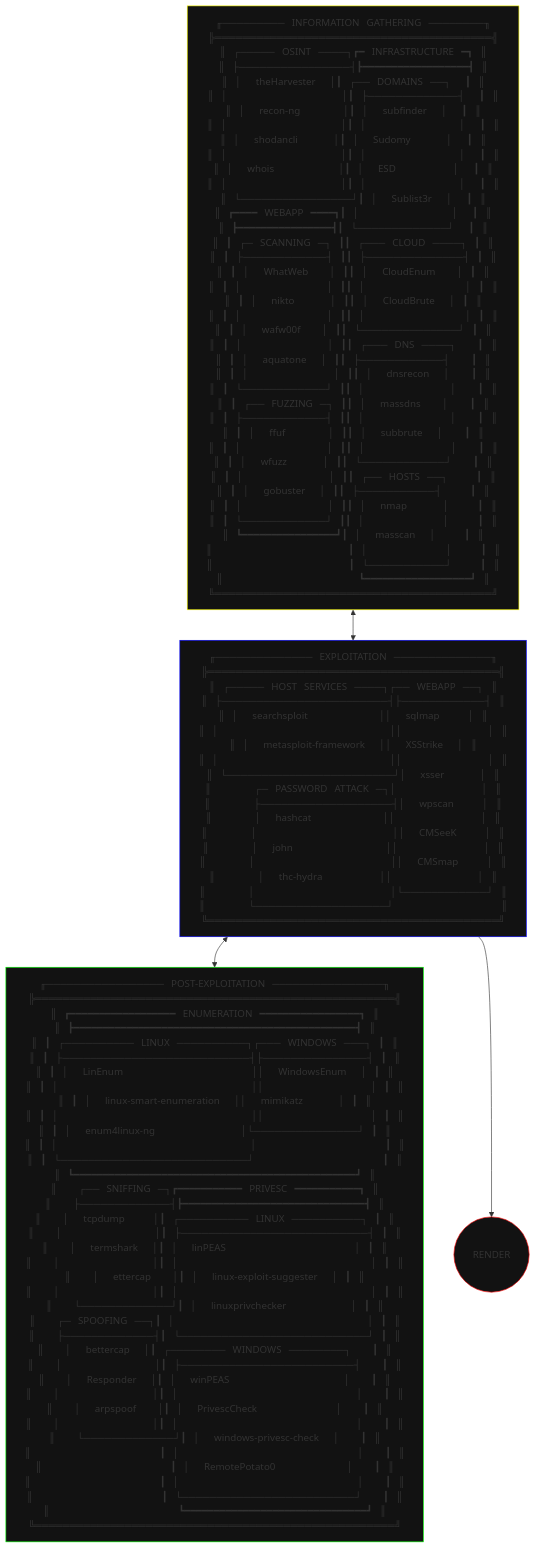
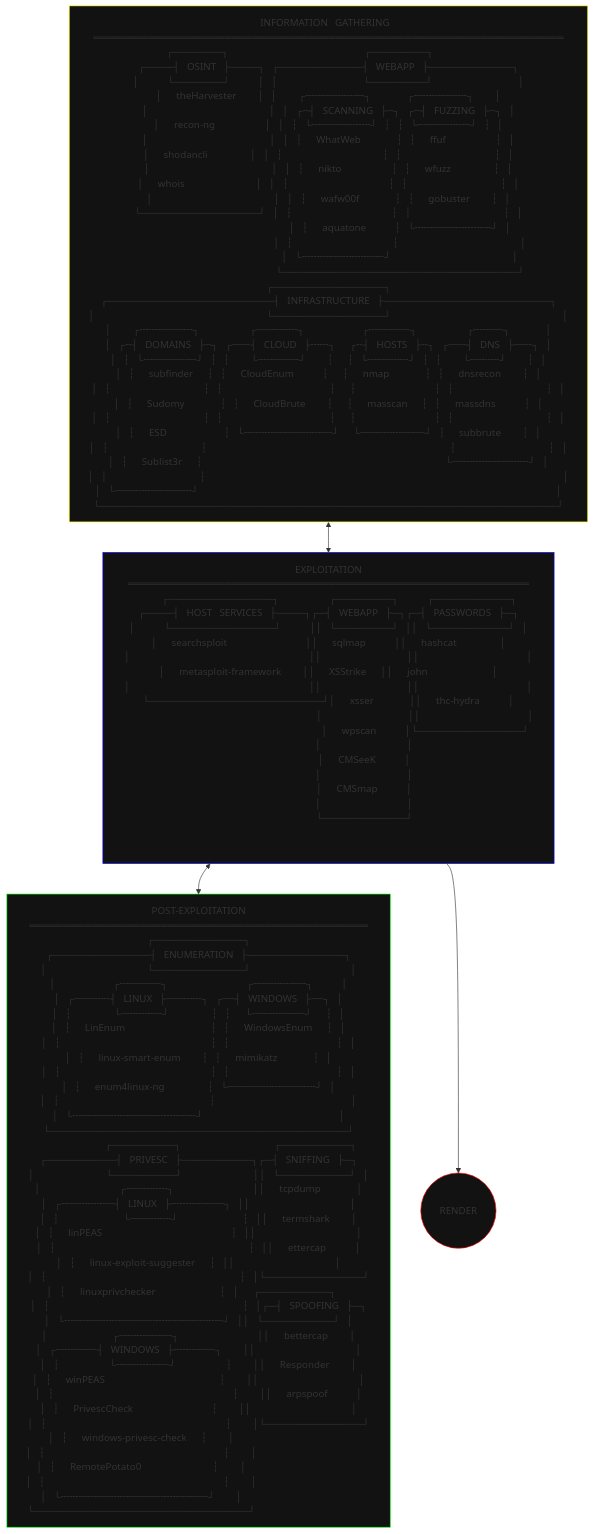
One commit to Skalyaeve/a-process changed the diagram in base.README.md. Above: the diagram before and after it, drawn with Mermaid. The commit also changed 1 other file, not shown here.

````diff
--- a/base.README.md
+++ b/base.README.md
@@ -1,107 +1,106 @@
 ```mermaid
 graph TD
 information-gathering[
-╓─────────⠀INFORMATION⠀GATHERING⠀────────╖
-╠════════════════════════════════════════╣
-║⠀┌─────⠀OSINT⠀────┐┏━⠀INFRASTRUCTURE⠀━┓⠀║
-║⠀├────────────────┤┣━━━━━━━━━━━━━━━━━━┫⠀║
-║⠀│⠀⠀theHarvester⠀⠀│┃⠀┌──⠀DOMAINS⠀──┐⠀⠀┃⠀║
-║⠀│⠀⠀⠀⠀⠀⠀⠀⠀⠀⠀⠀⠀⠀⠀⠀⠀│┃⠀├─────────────┤⠀⠀┃⠀║
-║⠀│⠀⠀recon-ng⠀⠀⠀⠀⠀⠀│┃⠀│⠀⠀subfinder⠀⠀│⠀⠀┃⠀║
-║⠀│⠀⠀⠀⠀⠀⠀⠀⠀⠀⠀⠀⠀⠀⠀⠀⠀│┃⠀│⠀⠀⠀⠀⠀⠀⠀⠀⠀⠀⠀⠀⠀│⠀⠀┃⠀║
-║⠀│⠀⠀shodancli⠀⠀⠀⠀⠀│┃⠀│⠀⠀Sudomy⠀⠀⠀⠀⠀│⠀⠀┃⠀║
-║⠀│⠀⠀⠀⠀⠀⠀⠀⠀⠀⠀⠀⠀⠀⠀⠀⠀│┃⠀│⠀⠀⠀⠀⠀⠀⠀⠀⠀⠀⠀⠀⠀│⠀⠀┃⠀║
-║⠀│⠀⠀whois⠀⠀⠀⠀⠀⠀⠀⠀⠀│┃⠀│⠀⠀ESD⠀⠀⠀⠀⠀⠀⠀⠀│⠀⠀┃⠀║
-║⠀│⠀⠀⠀⠀⠀⠀⠀⠀⠀⠀⠀⠀⠀⠀⠀⠀│┃⠀│⠀⠀⠀⠀⠀⠀⠀⠀⠀⠀⠀⠀⠀│⠀⠀┃⠀║
-║⠀└────────────────┘┃⠀│⠀⠀Sublist3r⠀⠀│⠀⠀┃⠀║
-║⠀┏━━━━⠀WEBAPP⠀━━━━┓┃⠀│⠀⠀⠀⠀⠀⠀⠀⠀⠀⠀⠀⠀⠀│⠀⠀┃⠀║
-║⠀┣━━━━━━━━━━━━━━━━┫┃⠀└─────────────┘⠀⠀┃⠀║
-║⠀┃⠀┌─⠀SCANNING⠀─┐⠀┃┃⠀┌───⠀CLOUD⠀────┐⠀┃⠀║
-║⠀┃⠀├────────────┤⠀┃┃⠀├──────────────┤⠀┃⠀║
-║⠀┃⠀│⠀⠀WhatWeb⠀⠀⠀│⠀┃┃⠀│⠀⠀CloudEnum⠀⠀⠀│⠀┃⠀║
-║⠀┃⠀│⠀⠀⠀⠀⠀⠀⠀⠀⠀⠀⠀⠀│⠀┃┃⠀│⠀⠀⠀⠀⠀⠀⠀⠀⠀⠀⠀⠀⠀⠀│⠀┃⠀║
-║⠀┃⠀│⠀⠀nikto⠀⠀⠀⠀⠀│⠀┃┃⠀│⠀⠀CloudBrute⠀⠀│⠀┃⠀║
-║⠀┃⠀│⠀⠀⠀⠀⠀⠀⠀⠀⠀⠀⠀⠀│⠀┃┃⠀│⠀⠀⠀⠀⠀⠀⠀⠀⠀⠀⠀⠀⠀⠀│⠀┃⠀║
-║⠀┃⠀│⠀⠀wafw00f⠀⠀⠀│⠀┃┃⠀└──────────────┘⠀┃⠀║
-║⠀┃⠀│⠀⠀⠀⠀⠀⠀⠀⠀⠀⠀⠀⠀│⠀┃┃⠀┌───⠀DNS⠀────┐⠀⠀⠀┃⠀║
-║⠀┃⠀│⠀⠀aquatone⠀⠀│⠀┃┃⠀├────────────┤⠀⠀⠀┃⠀║
-║⠀┃⠀│⠀⠀⠀⠀⠀⠀⠀⠀⠀⠀⠀⠀│⠀┃┃⠀│⠀⠀dnsrecon⠀⠀│⠀⠀⠀┃⠀║
-║⠀┃⠀└────────────┘⠀┃┃⠀│⠀⠀⠀⠀⠀⠀⠀⠀⠀⠀⠀⠀│⠀⠀⠀┃⠀║
-║⠀┃⠀┌──⠀FUZZING⠀─┐⠀┃┃⠀│⠀⠀massdns⠀⠀⠀│⠀⠀⠀┃⠀║
-║⠀┃⠀├────────────┤⠀┃┃⠀│⠀⠀⠀⠀⠀⠀⠀⠀⠀⠀⠀⠀│⠀⠀⠀┃⠀║
-║⠀┃⠀│⠀⠀ffuf⠀⠀⠀⠀⠀⠀│⠀┃┃⠀│⠀⠀subbrute⠀⠀│⠀⠀⠀┃⠀║
-║⠀┃⠀│⠀⠀⠀⠀⠀⠀⠀⠀⠀⠀⠀⠀│⠀┃┃⠀│⠀⠀⠀⠀⠀⠀⠀⠀⠀⠀⠀⠀│⠀⠀⠀┃⠀║
-║⠀┃⠀│⠀⠀wfuzz⠀⠀⠀⠀⠀│⠀┃┃⠀└────────────┘⠀⠀⠀┃⠀║
-║⠀┃⠀│⠀⠀⠀⠀⠀⠀⠀⠀⠀⠀⠀⠀│⠀┃┃⠀┌──⠀HOSTS⠀──┐⠀⠀⠀⠀┃⠀║
-║⠀┃⠀│⠀⠀gobuster⠀⠀│⠀┃┃⠀├───────────┤⠀⠀⠀⠀┃⠀║
-║⠀┃⠀│⠀⠀⠀⠀⠀⠀⠀⠀⠀⠀⠀⠀│⠀┃┃⠀│⠀⠀nmap⠀⠀⠀⠀⠀│⠀⠀⠀⠀┃⠀║
-║⠀┃⠀└────────────┘⠀┃┃⠀│⠀⠀⠀⠀⠀⠀⠀⠀⠀⠀⠀│⠀⠀⠀⠀┃⠀║
-║⠀┗━━━━━━━━━━━━━━━━┛┃⠀│⠀⠀masscan⠀⠀│⠀⠀⠀⠀┃⠀║
-║⠀⠀⠀⠀⠀⠀⠀⠀⠀⠀⠀⠀⠀⠀⠀⠀⠀⠀⠀┃⠀│⠀⠀⠀⠀⠀⠀⠀⠀⠀⠀⠀│⠀⠀⠀⠀┃⠀║
-║⠀⠀⠀⠀⠀⠀⠀⠀⠀⠀⠀⠀⠀⠀⠀⠀⠀⠀⠀┃⠀└───────────┘⠀⠀⠀⠀┃⠀║
-║⠀⠀⠀⠀⠀⠀⠀⠀⠀⠀⠀⠀⠀⠀⠀⠀⠀⠀⠀┗━━━━━━━━━━━━━━━━━━┛⠀║
-╚════════════════════════════════════════╝
+⠀⠀⠀⠀⠀⠀⠀⠀⠀⠀⠀⠀⠀⠀⠀⠀⠀⠀⠀⠀⠀⠀⠀INFORMATION⠀GATHERING⠀⠀⠀⠀⠀⠀⠀⠀⠀⠀⠀⠀⠀⠀⠀⠀⠀⠀⠀⠀⠀⠀⠀⠀
+════════════════════════════════════════════════════════════════════
+⠀⠀⠀⠀⠀⠀⠀⠀⠀⠀⠀┌───────┐⠀⠀⠀⠀⠀⠀⠀⠀⠀⠀⠀⠀⠀⠀⠀⠀⠀⠀⠀┌────────┐⠀⠀⠀⠀⠀⠀⠀⠀⠀⠀⠀⠀⠀⠀⠀⠀⠀⠀⠀
+⠀⠀⠀⠀⠀⠀┌────┤⠀OSINT⠀├────┐⠀┌────────────┤⠀WEBAPP⠀├────────────┐⠀⠀⠀⠀⠀⠀
+⠀⠀⠀⠀⠀⠀│⠀⠀⠀⠀└───────┘⠀⠀⠀⠀│⠀│⠀⠀⠀⠀⠀⠀⠀⠀⠀⠀⠀⠀└────────┘⠀⠀⠀⠀⠀⠀⠀⠀⠀⠀⠀⠀│⠀⠀⠀⠀⠀⠀
+⠀⠀⠀⠀⠀⠀│⠀⠀theHarvester⠀⠀⠀│⠀│⠀⠀⠀┌╌╌╌╌╌╌╌╌╌╌┐⠀⠀⠀⠀⠀┌╌╌╌╌╌╌╌╌╌┐⠀⠀⠀│⠀⠀⠀⠀⠀⠀
+⠀⠀⠀⠀⠀⠀│⠀⠀⠀⠀⠀⠀⠀⠀⠀⠀⠀⠀⠀⠀⠀⠀⠀│⠀│⠀┌╌┤⠀SCANNING⠀├╌┐⠀┌╌┤⠀FUZZING⠀├╌┐⠀│⠀⠀⠀⠀⠀⠀
+⠀⠀⠀⠀⠀⠀│⠀⠀recon-ng⠀⠀⠀⠀⠀⠀⠀│⠀│⠀┆⠀└╌╌╌╌╌╌╌╌╌╌┘⠀┆⠀┆⠀└╌╌╌╌╌╌╌╌╌┘⠀┆⠀│⠀⠀⠀⠀⠀⠀
+⠀⠀⠀⠀⠀⠀│⠀⠀⠀⠀⠀⠀⠀⠀⠀⠀⠀⠀⠀⠀⠀⠀⠀│⠀│⠀┆⠀⠀WhatWeb⠀⠀⠀⠀⠀┆⠀┆⠀⠀ffuf⠀⠀⠀⠀⠀⠀⠀┆⠀│⠀⠀⠀⠀⠀⠀
+⠀⠀⠀⠀⠀⠀│⠀⠀shodancli⠀⠀⠀⠀⠀⠀│⠀│⠀┆⠀⠀⠀⠀⠀⠀⠀⠀⠀⠀⠀⠀⠀⠀┆⠀┆⠀⠀⠀⠀⠀⠀⠀⠀⠀⠀⠀⠀⠀┆⠀│⠀⠀⠀⠀⠀⠀
+⠀⠀⠀⠀⠀⠀│⠀⠀⠀⠀⠀⠀⠀⠀⠀⠀⠀⠀⠀⠀⠀⠀⠀│⠀│⠀┆⠀⠀nikto⠀⠀⠀⠀⠀⠀⠀┆⠀┆⠀⠀wfuzz⠀⠀⠀⠀⠀⠀┆⠀│⠀⠀⠀⠀⠀⠀
+⠀⠀⠀⠀⠀⠀│⠀⠀whois⠀⠀⠀⠀⠀⠀⠀⠀⠀⠀│⠀│⠀┆⠀⠀⠀⠀⠀⠀⠀⠀⠀⠀⠀⠀⠀⠀┆⠀┆⠀⠀⠀⠀⠀⠀⠀⠀⠀⠀⠀⠀⠀┆⠀│⠀⠀⠀⠀⠀⠀
+⠀⠀⠀⠀⠀⠀│⠀⠀⠀⠀⠀⠀⠀⠀⠀⠀⠀⠀⠀⠀⠀⠀⠀│⠀│⠀┆⠀⠀wafw00f⠀⠀⠀⠀⠀┆⠀┆⠀⠀gobuster⠀⠀⠀┆⠀│⠀⠀⠀⠀⠀⠀
+⠀⠀⠀⠀⠀⠀└─────────────────┘⠀│⠀┆⠀⠀⠀⠀⠀⠀⠀⠀⠀⠀⠀⠀⠀⠀┆⠀┆⠀⠀⠀⠀⠀⠀⠀⠀⠀⠀⠀⠀⠀┆⠀│⠀⠀⠀⠀⠀⠀
+⠀⠀⠀⠀⠀⠀⠀⠀⠀⠀⠀⠀⠀⠀⠀⠀⠀⠀⠀⠀⠀⠀⠀⠀⠀⠀│⠀┆⠀⠀aquatone⠀⠀⠀⠀┆⠀└╌╌╌╌╌╌╌╌╌╌╌╌╌┘⠀│⠀⠀⠀⠀⠀⠀
+⠀⠀⠀⠀⠀⠀⠀⠀⠀⠀⠀⠀⠀⠀⠀⠀⠀⠀⠀⠀⠀⠀⠀⠀⠀⠀│⠀┆⠀⠀⠀⠀⠀⠀⠀⠀⠀⠀⠀⠀⠀⠀┆⠀⠀⠀⠀⠀⠀⠀⠀⠀⠀⠀⠀⠀⠀⠀⠀⠀│⠀⠀⠀⠀⠀⠀
+⠀⠀⠀⠀⠀⠀⠀⠀⠀⠀⠀⠀⠀⠀⠀⠀⠀⠀⠀⠀⠀⠀⠀⠀⠀⠀│⠀└╌╌╌╌╌╌╌╌╌╌╌╌╌╌┘⠀⠀⠀⠀⠀⠀⠀⠀⠀⠀⠀⠀⠀⠀⠀⠀⠀│⠀⠀⠀⠀⠀⠀
+⠀⠀⠀⠀⠀⠀⠀⠀⠀⠀⠀⠀⠀⠀⠀⠀⠀⠀⠀⠀⠀⠀⠀⠀⠀⠀└──────────────────────────────────┘⠀⠀⠀⠀⠀⠀
+⠀⠀⠀⠀⠀⠀⠀⠀⠀⠀⠀⠀⠀⠀⠀⠀⠀⠀⠀⠀⠀⠀⠀⠀⠀┌────────────────┐⠀⠀⠀⠀⠀⠀⠀⠀⠀⠀⠀⠀⠀⠀⠀⠀⠀⠀⠀⠀⠀⠀⠀⠀⠀
+┌────────────────────────┤⠀INFRASTRUCTURE⠀├────────────────────────┐
+│⠀⠀⠀⠀⠀⠀⠀⠀⠀⠀⠀⠀⠀⠀⠀⠀⠀⠀⠀⠀⠀⠀⠀⠀└────────────────┘⠀⠀⠀⠀⠀⠀⠀⠀⠀⠀⠀⠀⠀⠀⠀⠀⠀⠀⠀⠀⠀⠀⠀⠀│
+│⠀⠀⠀┌╌╌╌╌╌╌╌╌╌┐⠀⠀⠀⠀⠀⠀⠀┌╌╌╌╌╌╌╌┐⠀⠀⠀⠀⠀⠀⠀⠀┌╌╌╌╌╌╌╌┐⠀⠀⠀⠀⠀⠀⠀┌╌╌╌╌╌┐⠀⠀⠀⠀⠀│
+│⠀┌╌┤⠀DOMAINS⠀├╌┐⠀┌╌╌╌┤⠀CLOUD⠀├╌╌╌┐⠀⠀┌╌┤⠀HOSTS⠀├╌┐⠀┌╌╌╌┤⠀DNS⠀├╌╌╌┐⠀│
+│⠀┆⠀└╌╌╌╌╌╌╌╌╌┘⠀┆⠀┆⠀⠀⠀└╌╌╌╌╌╌╌┘⠀⠀⠀┆⠀⠀┆⠀└╌╌╌╌╌╌╌┘⠀┆⠀┆⠀⠀⠀└╌╌╌╌╌┘⠀⠀⠀┆⠀│
+│⠀┆⠀⠀subfinder⠀⠀┆⠀┆⠀⠀CloudEnum⠀⠀⠀⠀┆⠀⠀┆⠀⠀nmap⠀⠀⠀⠀⠀┆⠀┆⠀⠀dnsrecon⠀⠀⠀┆⠀│
+│⠀┆⠀⠀⠀⠀⠀⠀⠀⠀⠀⠀⠀⠀⠀┆⠀┆⠀⠀⠀⠀⠀⠀⠀⠀⠀⠀⠀⠀⠀⠀⠀┆⠀⠀┆⠀⠀⠀⠀⠀⠀⠀⠀⠀⠀⠀┆⠀┆⠀⠀⠀⠀⠀⠀⠀⠀⠀⠀⠀⠀⠀┆⠀│
+│⠀┆⠀⠀Sudomy⠀⠀⠀⠀⠀┆⠀┆⠀⠀CloudBrute⠀⠀⠀┆⠀⠀┆⠀⠀masscan⠀⠀┆⠀┆⠀⠀massdns⠀⠀⠀⠀┆⠀│
+│⠀┆⠀⠀⠀⠀⠀⠀⠀⠀⠀⠀⠀⠀⠀┆⠀┆⠀⠀⠀⠀⠀⠀⠀⠀⠀⠀⠀⠀⠀⠀⠀┆⠀⠀┆⠀⠀⠀⠀⠀⠀⠀⠀⠀⠀⠀┆⠀┆⠀⠀⠀⠀⠀⠀⠀⠀⠀⠀⠀⠀⠀┆⠀│
+│⠀┆⠀⠀ESD⠀⠀⠀⠀⠀⠀⠀⠀┆⠀└╌╌╌╌╌╌╌╌╌╌╌╌╌╌╌┘⠀⠀└╌╌╌╌╌╌╌╌╌╌╌┘⠀┆⠀⠀subbrute⠀⠀⠀┆⠀│
+│⠀┆⠀⠀⠀⠀⠀⠀⠀⠀⠀⠀⠀⠀⠀┆⠀⠀⠀⠀⠀⠀⠀⠀⠀⠀⠀⠀⠀⠀⠀⠀⠀⠀⠀⠀⠀⠀⠀⠀⠀⠀⠀⠀⠀⠀⠀⠀⠀⠀┆⠀⠀⠀⠀⠀⠀⠀⠀⠀⠀⠀⠀⠀┆⠀│
+│⠀┆⠀⠀Sublist3r⠀⠀┆⠀⠀⠀⠀⠀⠀⠀⠀⠀⠀⠀⠀⠀⠀⠀⠀⠀⠀⠀⠀⠀⠀⠀⠀⠀⠀⠀⠀⠀⠀⠀⠀⠀⠀└╌╌╌╌╌╌╌╌╌╌╌╌╌┘⠀│
+│⠀┆⠀⠀⠀⠀⠀⠀⠀⠀⠀⠀⠀⠀⠀┆⠀⠀⠀⠀⠀⠀⠀⠀⠀⠀⠀⠀⠀⠀⠀⠀⠀⠀⠀⠀⠀⠀⠀⠀⠀⠀⠀⠀⠀⠀⠀⠀⠀⠀⠀⠀⠀⠀⠀⠀⠀⠀⠀⠀⠀⠀⠀⠀⠀⠀│
+│⠀└╌╌╌╌╌╌╌╌╌╌╌╌╌┘⠀⠀⠀⠀⠀⠀⠀⠀⠀⠀⠀⠀⠀⠀⠀⠀⠀⠀⠀⠀⠀⠀⠀⠀⠀⠀⠀⠀⠀⠀⠀⠀⠀⠀⠀⠀⠀⠀⠀⠀⠀⠀⠀⠀⠀⠀⠀⠀⠀⠀│
+└──────────────────────────────────────────────────────────────────┘
 ]
 exploitation[
-╓──────────────⠀EXPLOITATION⠀──────────────╖
-╠══════════════════════════════════════════╣
-║⠀┌─────⠀HOST⠀SERVICES⠀────┐┌──⠀WEBAPP⠀──┐⠀║
-║⠀├────────────────────────┤├────────────┤⠀║
-║⠀│⠀⠀searchsploit⠀⠀⠀⠀⠀⠀⠀⠀⠀⠀││⠀⠀sqlmap⠀⠀⠀⠀│⠀║
-║⠀│⠀⠀⠀⠀⠀⠀⠀⠀⠀⠀⠀⠀⠀⠀⠀⠀⠀⠀⠀⠀⠀⠀⠀⠀││⠀⠀⠀⠀⠀⠀⠀⠀⠀⠀⠀⠀│⠀║
-║⠀│⠀⠀metasploit-framework⠀⠀││⠀⠀XSStrike⠀⠀│⠀║
-║⠀│⠀⠀⠀⠀⠀⠀⠀⠀⠀⠀⠀⠀⠀⠀⠀⠀⠀⠀⠀⠀⠀⠀⠀⠀││⠀⠀⠀⠀⠀⠀⠀⠀⠀⠀⠀⠀│⠀║
-║⠀└────────────────────────┘│⠀⠀xsser⠀⠀⠀⠀⠀│⠀║
-║⠀⠀⠀⠀⠀⠀┌─⠀PASSWORD⠀ATTACK⠀─┐│⠀⠀⠀⠀⠀⠀⠀⠀⠀⠀⠀⠀│⠀║
-║⠀⠀⠀⠀⠀⠀├───────────────────┤│⠀⠀wpscan⠀⠀⠀⠀│⠀║
-║⠀⠀⠀⠀⠀⠀│⠀⠀hashcat⠀⠀⠀⠀⠀⠀⠀⠀⠀⠀││⠀⠀⠀⠀⠀⠀⠀⠀⠀⠀⠀⠀│⠀║
-║⠀⠀⠀⠀⠀⠀│⠀⠀⠀⠀⠀⠀⠀⠀⠀⠀⠀⠀⠀⠀⠀⠀⠀⠀⠀││⠀⠀CMSeeK⠀⠀⠀⠀│⠀║
-║⠀⠀⠀⠀⠀⠀│⠀⠀john⠀⠀⠀⠀⠀⠀⠀⠀⠀⠀⠀⠀⠀││⠀⠀⠀⠀⠀⠀⠀⠀⠀⠀⠀⠀│⠀║
-║⠀⠀⠀⠀⠀⠀│⠀⠀⠀⠀⠀⠀⠀⠀⠀⠀⠀⠀⠀⠀⠀⠀⠀⠀⠀││⠀⠀CMSmap⠀⠀⠀⠀│⠀║
-║⠀⠀⠀⠀⠀⠀│⠀⠀thc-hydra⠀⠀⠀⠀⠀⠀⠀⠀││⠀⠀⠀⠀⠀⠀⠀⠀⠀⠀⠀⠀│⠀║
-║⠀⠀⠀⠀⠀⠀│⠀⠀⠀⠀⠀⠀⠀⠀⠀⠀⠀⠀⠀⠀⠀⠀⠀⠀⠀│└────────────┘⠀║
-║⠀⠀⠀⠀⠀⠀└───────────────────┘⠀⠀⠀⠀⠀⠀⠀⠀⠀⠀⠀⠀⠀⠀⠀║
-╚══════════════════════════════════════════╝
+⠀⠀⠀⠀⠀⠀⠀⠀⠀⠀⠀⠀⠀⠀⠀⠀⠀⠀⠀⠀⠀⠀⠀EXPLOITATION⠀⠀⠀⠀⠀⠀⠀⠀⠀⠀⠀⠀⠀⠀⠀⠀⠀⠀⠀⠀⠀⠀⠀
+══════════════════════════════════════════════════════════
+⠀⠀⠀⠀⠀┌───────────────┐⠀⠀⠀⠀⠀⠀⠀┌────────┐⠀⠀⠀⠀┌───────────┐⠀⠀
+┌────┤⠀HOST⠀SERVICES⠀├────┐┌─┤⠀WEBAPP⠀├─┐┌─┤⠀PASSWORDS⠀├─┐
+│⠀⠀⠀⠀└───────────────┘⠀⠀⠀⠀││⠀└────────┘⠀││⠀└───────────┘⠀│
+│⠀⠀searchsploit⠀⠀⠀⠀⠀⠀⠀⠀⠀⠀⠀││⠀⠀sqlmap⠀⠀⠀⠀││⠀⠀hashcat⠀⠀⠀⠀⠀⠀│
+│⠀⠀⠀⠀⠀⠀⠀⠀⠀⠀⠀⠀⠀⠀⠀⠀⠀⠀⠀⠀⠀⠀⠀⠀⠀││⠀⠀⠀⠀⠀⠀⠀⠀⠀⠀⠀⠀││⠀⠀⠀⠀⠀⠀⠀⠀⠀⠀⠀⠀⠀⠀⠀│
+│⠀⠀metasploit-framework⠀⠀⠀││⠀⠀XSStrike⠀⠀││⠀⠀john⠀⠀⠀⠀⠀⠀⠀⠀⠀│
+│⠀⠀⠀⠀⠀⠀⠀⠀⠀⠀⠀⠀⠀⠀⠀⠀⠀⠀⠀⠀⠀⠀⠀⠀⠀││⠀⠀⠀⠀⠀⠀⠀⠀⠀⠀⠀⠀││⠀⠀⠀⠀⠀⠀⠀⠀⠀⠀⠀⠀⠀⠀⠀│
+└─────────────────────────┘│⠀⠀xsser⠀⠀⠀⠀⠀││⠀⠀thc-hydra⠀⠀⠀⠀│
+⠀⠀⠀⠀⠀⠀⠀⠀⠀⠀⠀⠀⠀⠀⠀⠀⠀⠀⠀⠀⠀⠀⠀⠀⠀⠀⠀│⠀⠀⠀⠀⠀⠀⠀⠀⠀⠀⠀⠀││⠀⠀⠀⠀⠀⠀⠀⠀⠀⠀⠀⠀⠀⠀⠀│
+⠀⠀⠀⠀⠀⠀⠀⠀⠀⠀⠀⠀⠀⠀⠀⠀⠀⠀⠀⠀⠀⠀⠀⠀⠀⠀⠀│⠀⠀wpscan⠀⠀⠀⠀│└───────────────┘
+⠀⠀⠀⠀⠀⠀⠀⠀⠀⠀⠀⠀⠀⠀⠀⠀⠀⠀⠀⠀⠀⠀⠀⠀⠀⠀⠀│⠀⠀⠀⠀⠀⠀⠀⠀⠀⠀⠀⠀│⠀⠀⠀⠀⠀⠀⠀⠀⠀⠀⠀⠀⠀⠀⠀⠀⠀
+⠀⠀⠀⠀⠀⠀⠀⠀⠀⠀⠀⠀⠀⠀⠀⠀⠀⠀⠀⠀⠀⠀⠀⠀⠀⠀⠀│⠀⠀CMSeeK⠀⠀⠀⠀│⠀⠀⠀⠀⠀⠀⠀⠀⠀⠀⠀⠀⠀⠀⠀⠀⠀
+⠀⠀⠀⠀⠀⠀⠀⠀⠀⠀⠀⠀⠀⠀⠀⠀⠀⠀⠀⠀⠀⠀⠀⠀⠀⠀⠀│⠀⠀⠀⠀⠀⠀⠀⠀⠀⠀⠀⠀│⠀⠀⠀⠀⠀⠀⠀⠀⠀⠀⠀⠀⠀⠀⠀⠀⠀
+⠀⠀⠀⠀⠀⠀⠀⠀⠀⠀⠀⠀⠀⠀⠀⠀⠀⠀⠀⠀⠀⠀⠀⠀⠀⠀⠀│⠀⠀CMSmap⠀⠀⠀⠀│⠀⠀⠀⠀⠀⠀⠀⠀⠀⠀⠀⠀⠀⠀⠀⠀⠀
+⠀⠀⠀⠀⠀⠀⠀⠀⠀⠀⠀⠀⠀⠀⠀⠀⠀⠀⠀⠀⠀⠀⠀⠀⠀⠀⠀│⠀⠀⠀⠀⠀⠀⠀⠀⠀⠀⠀⠀│⠀⠀⠀⠀⠀⠀⠀⠀⠀⠀⠀⠀⠀⠀⠀⠀⠀
+⠀⠀⠀⠀⠀⠀⠀⠀⠀⠀⠀⠀⠀⠀⠀⠀⠀⠀⠀⠀⠀⠀⠀⠀⠀⠀⠀└────────────┘⠀⠀⠀⠀⠀⠀⠀⠀⠀⠀⠀⠀⠀⠀⠀⠀⠀
+⠀⠀⠀⠀⠀⠀⠀⠀⠀⠀⠀⠀⠀⠀⠀⠀⠀⠀⠀⠀⠀⠀⠀⠀⠀⠀⠀⠀⠀⠀⠀⠀⠀⠀⠀⠀⠀⠀⠀⠀⠀⠀⠀⠀⠀⠀⠀⠀⠀⠀⠀⠀⠀⠀⠀⠀⠀⠀
+⠀⠀⠀⠀⠀⠀⠀⠀⠀⠀⠀⠀⠀⠀⠀⠀⠀⠀⠀⠀⠀⠀⠀⠀⠀⠀⠀⠀⠀⠀⠀⠀⠀⠀⠀⠀⠀⠀⠀⠀⠀⠀⠀⠀⠀⠀⠀⠀⠀⠀⠀⠀⠀⠀⠀⠀⠀⠀
 ]
 post-exploitation[
-╓─────────────────⠀POST-EXPLOITATION⠀────────────────╖
-╠════════════════════════════════════════════════════╣
-║⠀┏━━━━━━━━━━━━━━━━━━⠀ENUMERATION⠀━━━━━━━━━━━━━━━━━┓⠀║
-║⠀┣━━━━━━━━━━━━━━━━━━━━━━━━━━━━━━━━━━━━━━━━━━━━━━━━┫⠀║
-║⠀┃⠀┌──────────⠀LINUX⠀──────────┐┌───⠀WINDOWS⠀───┐⠀┃⠀║
-║⠀┃⠀├───────────────────────────┤├───────────────┤⠀┃⠀║
-║⠀┃⠀│⠀⠀LinEnum⠀⠀⠀⠀⠀⠀⠀⠀⠀⠀⠀⠀⠀⠀⠀⠀⠀⠀││⠀⠀WindowsEnum⠀⠀│⠀┃⠀║
-║⠀┃⠀│⠀⠀⠀⠀⠀⠀⠀⠀⠀⠀⠀⠀⠀⠀⠀⠀⠀⠀⠀⠀⠀⠀⠀⠀⠀⠀⠀││⠀⠀⠀⠀⠀⠀⠀⠀⠀⠀⠀⠀⠀⠀⠀│⠀┃⠀║
-║⠀┃⠀│⠀⠀linux-smart-enumeration⠀⠀││⠀⠀mimikatz⠀⠀⠀⠀⠀│⠀┃⠀║
-║⠀┃⠀│⠀⠀⠀⠀⠀⠀⠀⠀⠀⠀⠀⠀⠀⠀⠀⠀⠀⠀⠀⠀⠀⠀⠀⠀⠀⠀⠀││⠀⠀⠀⠀⠀⠀⠀⠀⠀⠀⠀⠀⠀⠀⠀│⠀┃⠀║
-║⠀┃⠀│⠀⠀enum4linux-ng⠀⠀⠀⠀⠀⠀⠀⠀⠀⠀⠀⠀│└───────────────┘⠀┃⠀║
-║⠀┃⠀│⠀⠀⠀⠀⠀⠀⠀⠀⠀⠀⠀⠀⠀⠀⠀⠀⠀⠀⠀⠀⠀⠀⠀⠀⠀⠀⠀│⠀⠀⠀⠀⠀⠀⠀⠀⠀⠀⠀⠀⠀⠀⠀⠀⠀⠀┃⠀║
-║⠀┃⠀└───────────────────────────┘⠀⠀⠀⠀⠀⠀⠀⠀⠀⠀⠀⠀⠀⠀⠀⠀⠀⠀┃⠀║
-║⠀┗━━━━━━━━━━━━━━━━━━━━━━━━━━━━━━━━━━━━━━━━━━━━━━━━┛⠀║
-║⠀⠀⠀┌──⠀SNIFFING⠀─┐┏━━━━━━━━━━━⠀PRIVESC⠀━━━━━━━━━━━┓⠀║
-║⠀⠀⠀├─────────────┤┣━━━━━━━━━━━━━━━━━━━━━━━━━━━━━━━┫⠀║
-║⠀⠀⠀│⠀⠀tcpdump⠀⠀⠀⠀│┃⠀┌──────────⠀LINUX⠀──────────┐⠀┃⠀║
-║⠀⠀⠀│⠀⠀⠀⠀⠀⠀⠀⠀⠀⠀⠀⠀⠀│┃⠀├───────────────────────────┤⠀┃⠀║
-║⠀⠀⠀│⠀⠀termshark⠀⠀│┃⠀│⠀⠀linPEAS⠀⠀⠀⠀⠀⠀⠀⠀⠀⠀⠀⠀⠀⠀⠀⠀⠀⠀│⠀┃⠀║
-║⠀⠀⠀│⠀⠀⠀⠀⠀⠀⠀⠀⠀⠀⠀⠀⠀│┃⠀│⠀⠀⠀⠀⠀⠀⠀⠀⠀⠀⠀⠀⠀⠀⠀⠀⠀⠀⠀⠀⠀⠀⠀⠀⠀⠀⠀│⠀┃⠀║
-║⠀⠀⠀│⠀⠀ettercap⠀⠀⠀│┃⠀│⠀⠀linux-exploit-suggester⠀⠀│⠀┃⠀║
-║⠀⠀⠀│⠀⠀⠀⠀⠀⠀⠀⠀⠀⠀⠀⠀⠀│┃⠀│⠀⠀⠀⠀⠀⠀⠀⠀⠀⠀⠀⠀⠀⠀⠀⠀⠀⠀⠀⠀⠀⠀⠀⠀⠀⠀⠀│⠀┃⠀║
-║⠀⠀⠀└─────────────┘┃⠀│⠀⠀linuxprivchecker⠀⠀⠀⠀⠀⠀⠀⠀⠀│⠀┃⠀║
-║⠀⠀⠀┌─⠀SPOOFING⠀──┐┃⠀│⠀⠀⠀⠀⠀⠀⠀⠀⠀⠀⠀⠀⠀⠀⠀⠀⠀⠀⠀⠀⠀⠀⠀⠀⠀⠀⠀│⠀┃⠀║
-║⠀⠀⠀├─────────────┤┃⠀└───────────────────────────┘⠀┃⠀║
-║⠀⠀⠀│⠀⠀bettercap⠀⠀│┃⠀┌────────⠀WINDOWS⠀────────┐⠀⠀⠀┃⠀║
-║⠀⠀⠀│⠀⠀⠀⠀⠀⠀⠀⠀⠀⠀⠀⠀⠀│┃⠀├─────────────────────────┤⠀⠀⠀┃⠀║
-║⠀⠀⠀│⠀⠀Responder⠀⠀│┃⠀│⠀⠀winPEAS⠀⠀⠀⠀⠀⠀⠀⠀⠀⠀⠀⠀⠀⠀⠀⠀│⠀⠀⠀┃⠀║
-║⠀⠀⠀│⠀⠀⠀⠀⠀⠀⠀⠀⠀⠀⠀⠀⠀│┃⠀│⠀⠀⠀⠀⠀⠀⠀⠀⠀⠀⠀⠀⠀⠀⠀⠀⠀⠀⠀⠀⠀⠀⠀⠀⠀│⠀⠀⠀┃⠀║
-║⠀⠀⠀│⠀⠀arpspoof⠀⠀⠀│┃⠀│⠀⠀PrivescCheck⠀⠀⠀⠀⠀⠀⠀⠀⠀⠀⠀│⠀⠀⠀┃⠀║
-║⠀⠀⠀│⠀⠀⠀⠀⠀⠀⠀⠀⠀⠀⠀⠀⠀│┃⠀│⠀⠀⠀⠀⠀⠀⠀⠀⠀⠀⠀⠀⠀⠀⠀⠀⠀⠀⠀⠀⠀⠀⠀⠀⠀│⠀⠀⠀┃⠀║
-║⠀⠀⠀└─────────────┘┃⠀│⠀⠀windows-privesc-check⠀⠀│⠀⠀⠀┃⠀║
-║⠀⠀⠀⠀⠀⠀⠀⠀⠀⠀⠀⠀⠀⠀⠀⠀⠀⠀┃⠀│⠀⠀⠀⠀⠀⠀⠀⠀⠀⠀⠀⠀⠀⠀⠀⠀⠀⠀⠀⠀⠀⠀⠀⠀⠀│⠀⠀⠀┃⠀║
-║⠀⠀⠀⠀⠀⠀⠀⠀⠀⠀⠀⠀⠀⠀⠀⠀⠀⠀┃⠀│⠀⠀RemotePotato0⠀⠀⠀⠀⠀⠀⠀⠀⠀⠀│⠀⠀⠀┃⠀║
-║⠀⠀⠀⠀⠀⠀⠀⠀⠀⠀⠀⠀⠀⠀⠀⠀⠀⠀┃⠀│⠀⠀⠀⠀⠀⠀⠀⠀⠀⠀⠀⠀⠀⠀⠀⠀⠀⠀⠀⠀⠀⠀⠀⠀⠀│⠀⠀⠀┃⠀║
-║⠀⠀⠀⠀⠀⠀⠀⠀⠀⠀⠀⠀⠀⠀⠀⠀⠀⠀┃⠀└─────────────────────────┘⠀⠀⠀┃⠀║
-║⠀⠀⠀⠀⠀⠀⠀⠀⠀⠀⠀⠀⠀⠀⠀⠀⠀⠀┗━━━━━━━━━━━━━━━━━━━━━━━━━━━━━━━┛⠀║
-╚════════════════════════════════════════════════════╝
+⠀⠀⠀⠀⠀⠀⠀⠀⠀⠀⠀⠀⠀⠀⠀⠀POST-EXPLOITATION⠀⠀⠀⠀⠀⠀⠀⠀⠀⠀⠀⠀⠀⠀⠀⠀
+═════════════════════════════════════════════════
+⠀⠀⠀⠀⠀⠀⠀⠀⠀⠀⠀⠀⠀⠀⠀⠀⠀┌─────────────┐⠀⠀⠀⠀⠀⠀⠀⠀⠀⠀⠀⠀⠀⠀⠀⠀⠀
+⠀⠀┌──────────────┤⠀ENUMERATION⠀├──────────────┐⠀⠀
+⠀⠀│⠀⠀⠀⠀⠀⠀⠀⠀⠀⠀⠀⠀⠀⠀└─────────────┘⠀⠀⠀⠀⠀⠀⠀⠀⠀⠀⠀⠀⠀⠀│⠀⠀
+⠀⠀│⠀⠀⠀⠀⠀⠀⠀⠀┌╌╌╌╌╌╌╌┐⠀⠀⠀⠀⠀⠀⠀⠀⠀⠀⠀┌╌╌╌╌╌╌╌╌╌┐⠀⠀⠀⠀│⠀⠀
+⠀⠀│⠀┌╌╌╌╌╌╌┤⠀LINUX⠀├╌╌╌╌╌╌┐⠀┌╌╌┤⠀WINDOWS⠀├╌╌┐⠀│⠀⠀
+⠀⠀│⠀┆⠀⠀⠀⠀⠀⠀└╌╌╌╌╌╌╌┘⠀⠀⠀⠀⠀⠀┆⠀┆⠀⠀└╌╌╌╌╌╌╌╌╌┘⠀⠀┆⠀│⠀⠀
+⠀⠀│⠀┆⠀⠀LinEnum⠀⠀⠀⠀⠀⠀⠀⠀⠀⠀⠀⠀┆⠀┆⠀⠀WindowsEnum⠀⠀┆⠀│⠀⠀
+⠀⠀│⠀┆⠀⠀⠀⠀⠀⠀⠀⠀⠀⠀⠀⠀⠀⠀⠀⠀⠀⠀⠀⠀⠀┆⠀┆⠀⠀⠀⠀⠀⠀⠀⠀⠀⠀⠀⠀⠀⠀⠀┆⠀│⠀⠀
+⠀⠀│⠀┆⠀⠀linux-smart-enum⠀⠀⠀┆⠀┆⠀⠀mimikatz⠀⠀⠀⠀⠀┆⠀│⠀⠀
+⠀⠀│⠀┆⠀⠀⠀⠀⠀⠀⠀⠀⠀⠀⠀⠀⠀⠀⠀⠀⠀⠀⠀⠀⠀┆⠀┆⠀⠀⠀⠀⠀⠀⠀⠀⠀⠀⠀⠀⠀⠀⠀┆⠀│⠀⠀
+⠀⠀│⠀┆⠀⠀enum4linux-ng⠀⠀⠀⠀⠀⠀┆⠀└╌╌╌╌╌╌╌╌╌╌╌╌╌╌╌┘⠀│⠀⠀
+⠀⠀│⠀┆⠀⠀⠀⠀⠀⠀⠀⠀⠀⠀⠀⠀⠀⠀⠀⠀⠀⠀⠀⠀⠀┆⠀⠀⠀⠀⠀⠀⠀⠀⠀⠀⠀⠀⠀⠀⠀⠀⠀⠀⠀│⠀⠀
+⠀⠀│⠀└╌╌╌╌╌╌╌╌╌╌╌╌╌╌╌╌╌╌╌╌╌┘⠀⠀⠀⠀⠀⠀⠀⠀⠀⠀⠀⠀⠀⠀⠀⠀⠀⠀⠀│⠀⠀
+⠀⠀└───────────────────────────────────────────┘⠀⠀
+⠀⠀⠀⠀⠀⠀⠀⠀⠀⠀⠀┌─────────┐⠀⠀⠀⠀⠀⠀⠀⠀⠀⠀⠀⠀⠀┌──────────┐⠀⠀
+┌──────────┤⠀PRIVESC⠀├──────────┐┌─┤⠀SNIFFING⠀├─┐
+│⠀⠀⠀⠀⠀⠀⠀⠀⠀⠀└─────────┘⠀⠀⠀⠀⠀⠀⠀⠀⠀⠀││⠀└──────────┘⠀│
+│⠀⠀⠀⠀⠀⠀⠀⠀⠀⠀⠀┌╌╌╌╌╌╌╌┐⠀⠀⠀⠀⠀⠀⠀⠀⠀⠀⠀││⠀⠀tcpdump⠀⠀⠀⠀⠀│
+│⠀┌╌╌╌╌╌╌╌╌╌┤⠀LINUX⠀├╌╌╌╌╌╌╌╌╌┐⠀││⠀⠀⠀⠀⠀⠀⠀⠀⠀⠀⠀⠀⠀⠀│
+│⠀┆⠀⠀⠀⠀⠀⠀⠀⠀⠀└╌╌╌╌╌╌╌┘⠀⠀⠀⠀⠀⠀⠀⠀⠀┆⠀││⠀⠀termshark⠀⠀⠀│
+│⠀┆⠀⠀linPEAS⠀⠀⠀⠀⠀⠀⠀⠀⠀⠀⠀⠀⠀⠀⠀⠀⠀⠀┆⠀││⠀⠀⠀⠀⠀⠀⠀⠀⠀⠀⠀⠀⠀⠀│
+│⠀┆⠀⠀⠀⠀⠀⠀⠀⠀⠀⠀⠀⠀⠀⠀⠀⠀⠀⠀⠀⠀⠀⠀⠀⠀⠀⠀⠀┆⠀││⠀⠀ettercap⠀⠀⠀⠀│
+│⠀┆⠀⠀linux-exploit-suggester⠀⠀┆⠀││⠀⠀⠀⠀⠀⠀⠀⠀⠀⠀⠀⠀⠀⠀│
+│⠀┆⠀⠀⠀⠀⠀⠀⠀⠀⠀⠀⠀⠀⠀⠀⠀⠀⠀⠀⠀⠀⠀⠀⠀⠀⠀⠀⠀┆⠀│└──────────────┘
+│⠀┆⠀⠀linuxprivchecker⠀⠀⠀⠀⠀⠀⠀⠀⠀┆⠀│⠀⠀┌──────────┐⠀⠀
+│⠀┆⠀⠀⠀⠀⠀⠀⠀⠀⠀⠀⠀⠀⠀⠀⠀⠀⠀⠀⠀⠀⠀⠀⠀⠀⠀⠀⠀┆⠀│┌─┤⠀SPOOFING⠀├─┐
+│⠀└╌╌╌╌╌╌╌╌╌╌╌╌╌╌╌╌╌╌╌╌╌╌╌╌╌╌╌┘⠀││⠀└──────────┘⠀│
+│⠀⠀⠀⠀⠀⠀⠀⠀⠀┌╌╌╌╌╌╌╌╌╌┐⠀⠀⠀⠀⠀⠀⠀⠀⠀⠀⠀││⠀⠀bettercap⠀⠀⠀│
+│⠀┌╌╌╌╌╌╌╌┤⠀WINDOWS⠀├╌╌╌╌╌╌╌┐⠀⠀⠀││⠀⠀⠀⠀⠀⠀⠀⠀⠀⠀⠀⠀⠀⠀│
+│⠀┆⠀⠀⠀⠀⠀⠀⠀└╌╌╌╌╌╌╌╌╌┘⠀⠀⠀⠀⠀⠀⠀┆⠀⠀⠀││⠀⠀Responder⠀⠀⠀│
+│⠀┆⠀⠀winPEAS⠀⠀⠀⠀⠀⠀⠀⠀⠀⠀⠀⠀⠀⠀⠀⠀┆⠀⠀⠀││⠀⠀⠀⠀⠀⠀⠀⠀⠀⠀⠀⠀⠀⠀│
+│⠀┆⠀⠀⠀⠀⠀⠀⠀⠀⠀⠀⠀⠀⠀⠀⠀⠀⠀⠀⠀⠀⠀⠀⠀⠀⠀┆⠀⠀⠀││⠀⠀arpspoof⠀⠀⠀⠀│
+│⠀┆⠀⠀PrivescCheck⠀⠀⠀⠀⠀⠀⠀⠀⠀⠀⠀┆⠀⠀⠀││⠀⠀⠀⠀⠀⠀⠀⠀⠀⠀⠀⠀⠀⠀│
+│⠀┆⠀⠀⠀⠀⠀⠀⠀⠀⠀⠀⠀⠀⠀⠀⠀⠀⠀⠀⠀⠀⠀⠀⠀⠀⠀┆⠀⠀⠀│└──────────────┘
+│⠀┆⠀⠀windows-privesc-check⠀⠀┆⠀⠀⠀│⠀⠀⠀⠀⠀⠀⠀⠀⠀⠀⠀⠀⠀⠀⠀⠀
+│⠀┆⠀⠀⠀⠀⠀⠀⠀⠀⠀⠀⠀⠀⠀⠀⠀⠀⠀⠀⠀⠀⠀⠀⠀⠀⠀┆⠀⠀⠀│⠀⠀⠀⠀⠀⠀⠀⠀⠀⠀⠀⠀⠀⠀⠀⠀
+│⠀┆⠀⠀RemotePotato0⠀⠀⠀⠀⠀⠀⠀⠀⠀⠀┆⠀⠀⠀│⠀⠀⠀⠀⠀⠀⠀⠀⠀⠀⠀⠀⠀⠀⠀⠀
+│⠀┆⠀⠀⠀⠀⠀⠀⠀⠀⠀⠀⠀⠀⠀⠀⠀⠀⠀⠀⠀⠀⠀⠀⠀⠀⠀┆⠀⠀⠀│⠀⠀⠀⠀⠀⠀⠀⠀⠀⠀⠀⠀⠀⠀⠀⠀
+│⠀└╌╌╌╌╌╌╌╌╌╌╌╌╌╌╌╌╌╌╌╌╌╌╌╌╌┘⠀⠀⠀│⠀⠀⠀⠀⠀⠀⠀⠀⠀⠀⠀⠀⠀⠀⠀⠀
+└───────────────────────────────┘⠀⠀⠀⠀⠀⠀⠀⠀⠀⠀⠀⠀⠀⠀⠀⠀
 ]
 render((
 ⠀⠀RENDER⠀⠀
````
